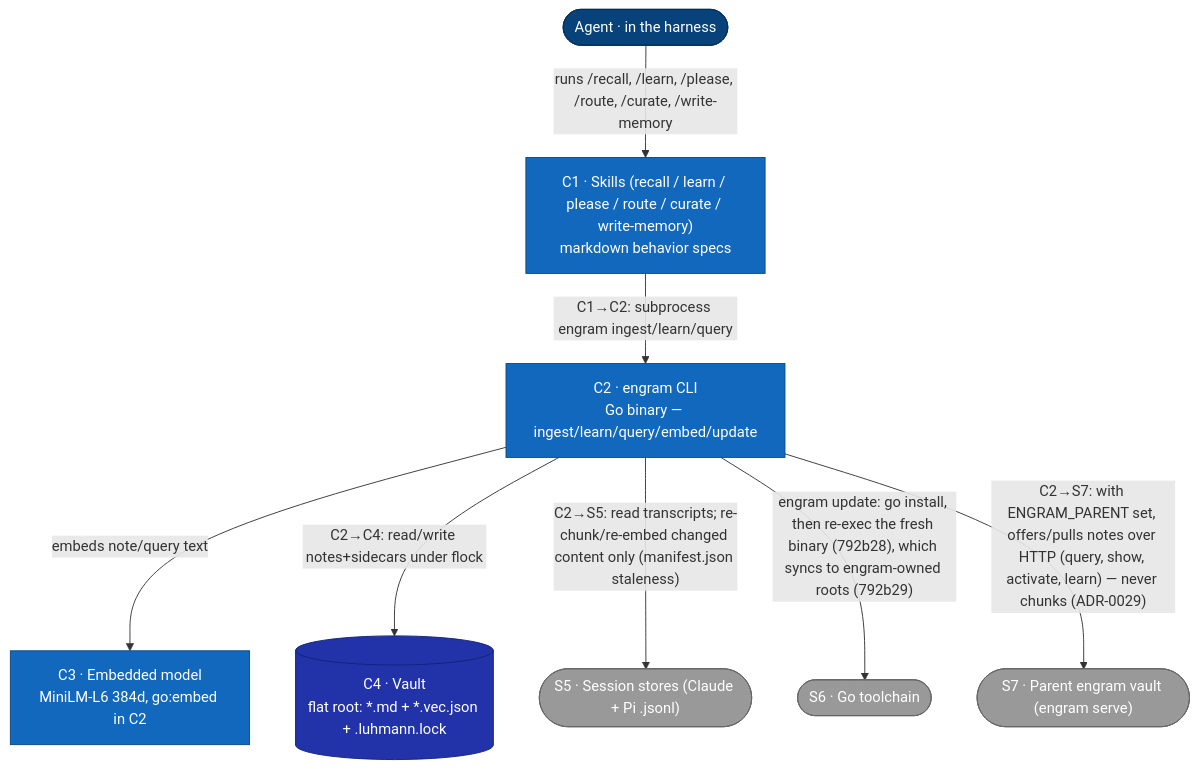
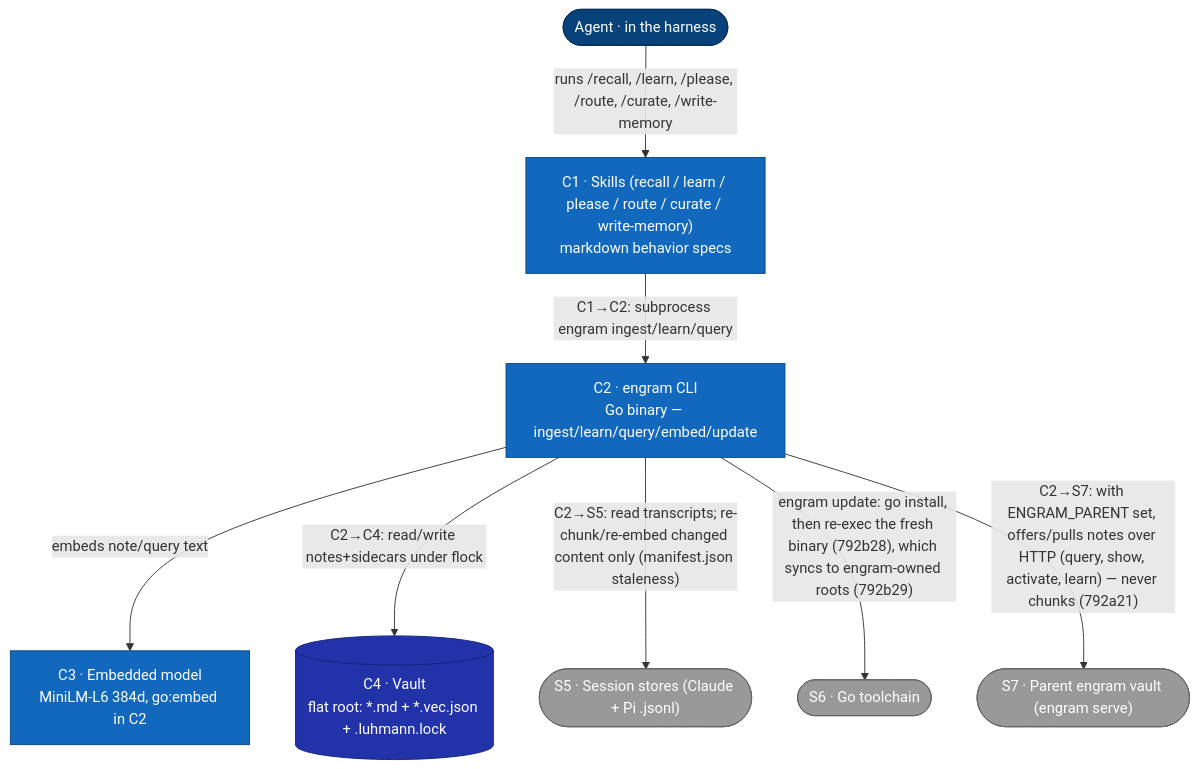
One commit to toejough/engram changed the diagram in docs/deprecated/architecture/c2-containers.md. Above: the diagram before and after it, drawn with Mermaid. The commit also changed other lines of this file and 20 other files, not shown here.

````diff
--- a/docs/deprecated/architecture/c2-containers.md
+++ b/docs/deprecated/architecture/c2-containers.md
@@ -10,29 +10,29 @@
 ```mermaid
 flowchart TB
     classDef person    fill:#08427b,stroke:#052e56,color:#fff
     classDef external  fill:#999,   stroke:#666,   color:#fff
     classDef container fill:#1168bd,stroke:#0b4884,color:#fff
     classDef store     fill:#23a,   stroke:#127,   color:#fff
 
     agent([Agent · in the harness])
     skills["C1 · Skills (recall / learn / please / route / curate / write-memory)<br/>markdown behavior specs"]
     cli["C2 · engram CLI<br/>Go binary — ingest/learn/query/embed/update"]
     model["C3 · Embedded model<br/>MiniLM-L6 384d, go:embed in C2"]
     vault[("C4 · Vault<br/>flat root: *.md + *.vec.json + .luhmann.lock")]
     sessions(["S5 · Session stores (Claude + Pi .jsonl)"])
     gotool(["S6 · Go toolchain"])
     parentvault(["S7 · Parent engram vault (engram serve)"])
 
     agent -->|"runs /recall, /learn, /please, /route, /curate, /write-memory"| skills
     skills -->|"C1→C2: subprocess engram ingest/learn/query"| cli
     cli -->|"embeds note/query text"| model
     cli -->|"C2→C4: read/write notes+sidecars under flock"| vault
     cli -->|"C2→S5: read transcripts; re-chunk/re-embed changed content only (manifest.json staleness)"| sessions
     cli -->|"engram update: go install, then re-exec the fresh binary (792b28), which syncs to engram-owned roots (792b29)"| gotool
-    cli -->|"C2→S7: with ENGRAM_PARENT set, offers/pulls notes over HTTP (query, show, activate, learn) — never chunks (ADR-0029)"| parentvault
+    cli -->|"C2→S7: with ENGRAM_PARENT set, offers/pulls notes over HTTP (query, show, activate, learn) — never chunks (792a21)"| parentvault
 
     class agent person
     class skills,cli,model container
     class vault store
     class sessions,gotool,parentvault external
 ```
````
